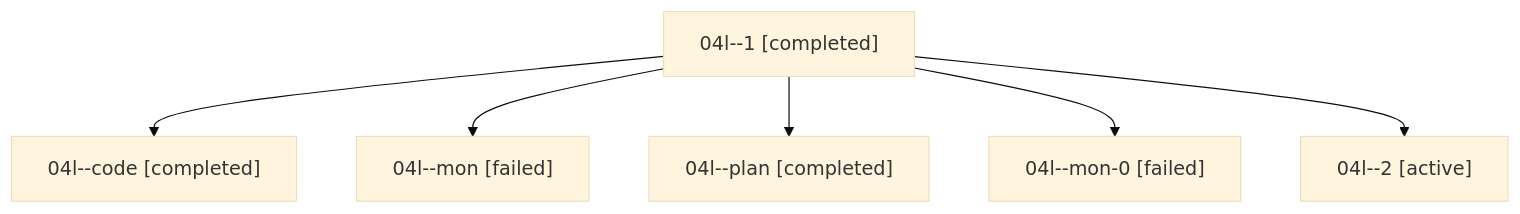
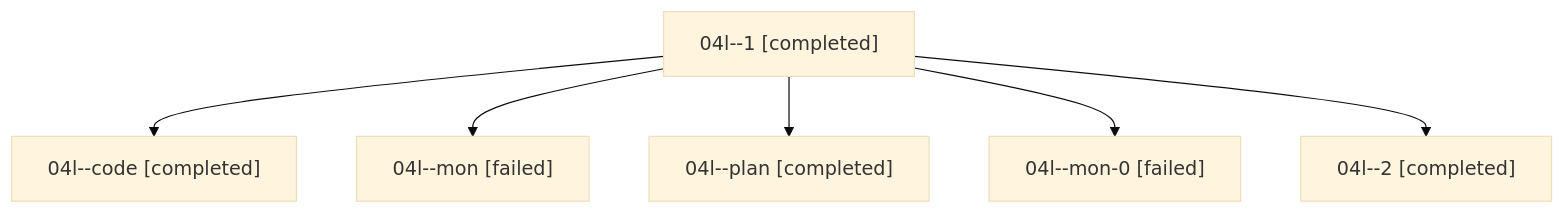
Before and after one commit to sase-org/sase--agents: the diagram in families/bbugyi200.athena.04l.md, drawn with Mermaid (base theme). The commit also changed other lines of this file and 74 other files, not shown here.

````diff
--- a/families/bbugyi200.athena.04l.md
+++ b/families/bbugyi200.athena.04l.md
@@ -9,14 +9,14 @@
 ```mermaid
 flowchart TD
   n0["04l--1 [completed]"]
   n1["04l--code [completed]"]
   n0 --> n1
   n2["04l--mon [failed]"]
   n0 --> n2
   n3["04l--plan [completed]"]
   n0 --> n3
   n4["04l--mon-0 [failed]"]
   n0 --> n4
-  n5["04l--2 [active]"]
+  n5["04l--2 [completed]"]
   n0 --> n5
 ```
````
